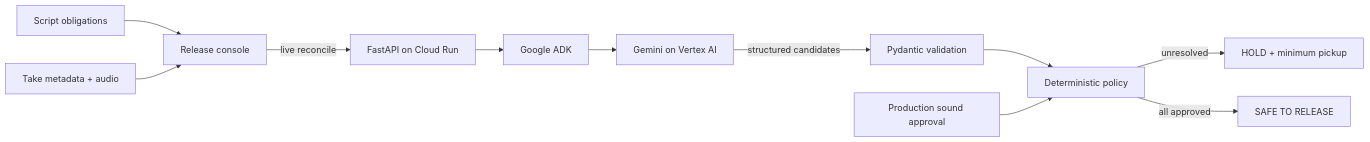
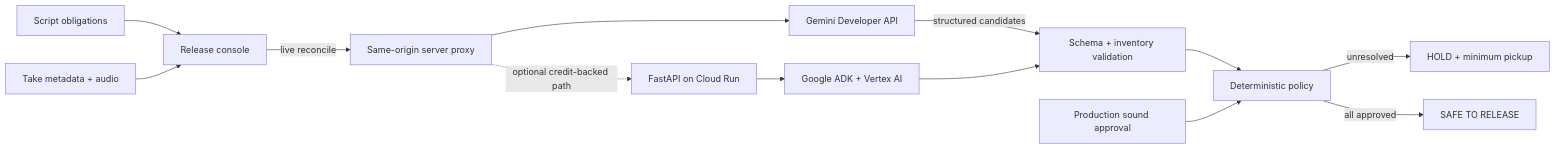
One commit to vivekyarra/LastLine changed the diagram in docs/architecture.md. Above: the diagram before and after it, drawn with Mermaid. The commit also changed other lines of this file and 36 other files, not shown here.

Commit message:
feat: complete Gemini-backed release gate

````diff
--- a/docs/architecture.md
+++ b/docs/architecture.md
@@ -5,13 +5,15 @@
 ```mermaid
 flowchart LR
   A[Script obligations] --> C[Release console]
   B[Take metadata + audio] --> C
-  C -->|live reconcile| D[FastAPI on Cloud Run]
-  D --> E[Google ADK]
-  E --> F[Gemini on Vertex AI]
-  F -->|structured candidates| G[Pydantic validation]
+  C -->|live reconcile| D[Same-origin server proxy]
+  D --> E[Gemini Developer API]
+  E -->|structured candidates| G[Schema + inventory validation]
   G --> H[Deterministic policy]
   I[Production sound approval] --> H
   H -->|unresolved| J[HOLD + minimum pickup]
   H -->|all approved| K[SAFE TO RELEASE]
+  D -. optional credit-backed path .-> L[FastAPI on Cloud Run]
+  L --> M[Google ADK + Vertex AI]
+  M --> G
 ```
````
